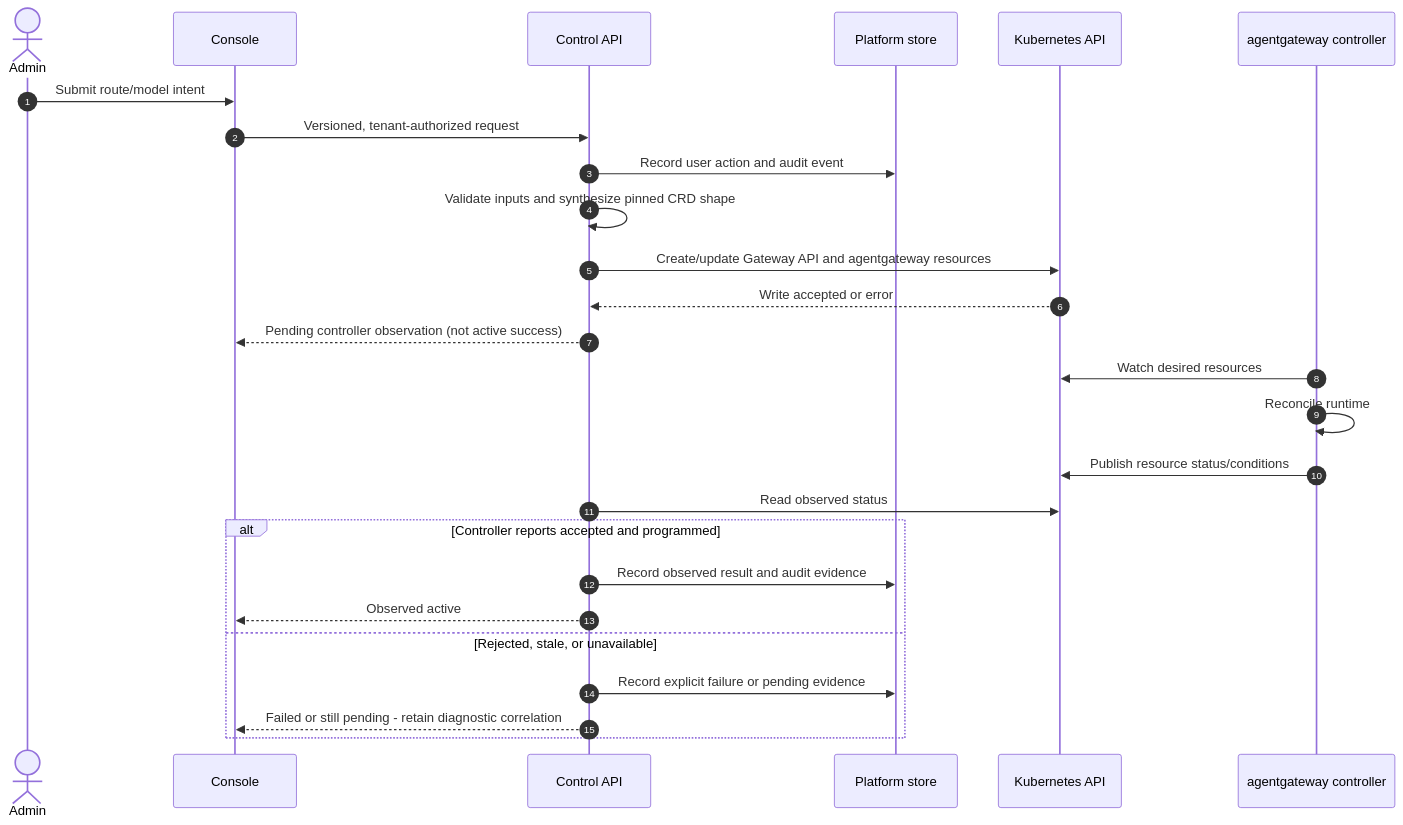
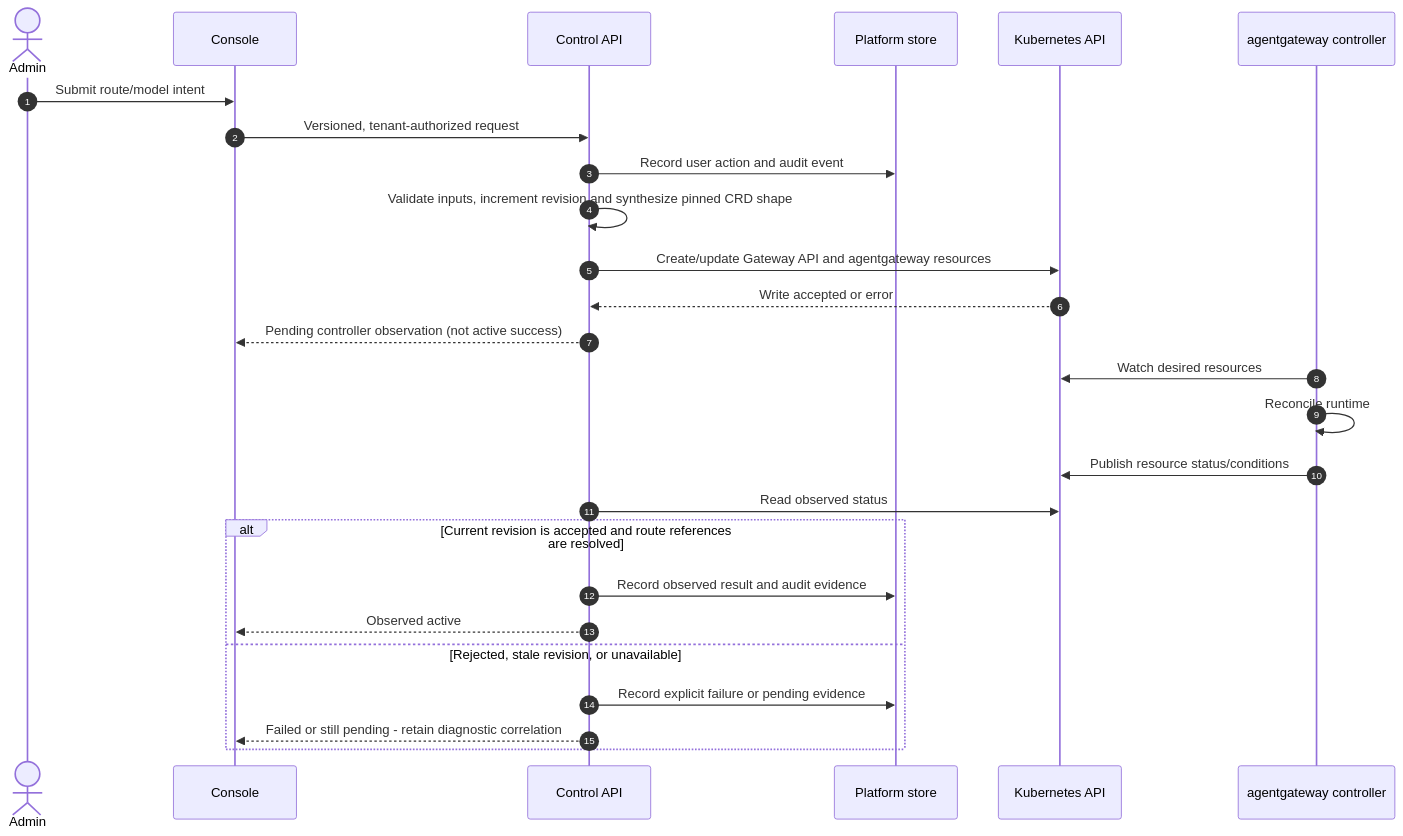
The third of 3 diagrams in ai-platform/docs/architecture/system-overview.md (ramabaswa/AI-Governance-Plane), drawn with Mermaid before and after one commit. The commit also changed other lines of this file and 12 other files, not shown here.

````diff
--- a/ai-platform/docs/architecture/system-overview.md
+++ b/ai-platform/docs/architecture/system-overview.md
@@ -82,30 +82,30 @@
 ```mermaid
 sequenceDiagram
     autonumber
     actor Admin
     participant UI as Console
     participant API as Control API
     participant Store as Platform store
     participant Kube as Kubernetes API
     participant Agw as agentgateway controller
 
     Admin->>UI: Submit route/model intent
     UI->>API: Versioned, tenant-authorized request
     API->>Store: Record user action and audit event
-    API->>API: Validate inputs and synthesize pinned CRD shape
+    API->>API: Validate inputs, increment revision and synthesize pinned CRD shape
     API->>Kube: Create/update Gateway API and agentgateway resources
     Kube-->>API: Write accepted or error
     API-->>UI: Pending controller observation (not active success)
     Agw->>Kube: Watch desired resources
     Agw->>Agw: Reconcile runtime
     Agw->>Kube: Publish resource status/conditions
     API->>Kube: Read observed status
 
-    alt Controller reports accepted and programmed
+    alt Current revision is accepted and route references are resolved
         API->>Store: Record observed result and audit evidence
         API-->>UI: Observed active
-    else Rejected, stale, or unavailable
+    else Rejected, stale revision, or unavailable
         API->>Store: Record explicit failure or pending evidence
         API-->>UI: Failed or still pending - retain diagnostic correlation
     end
 ```
````
